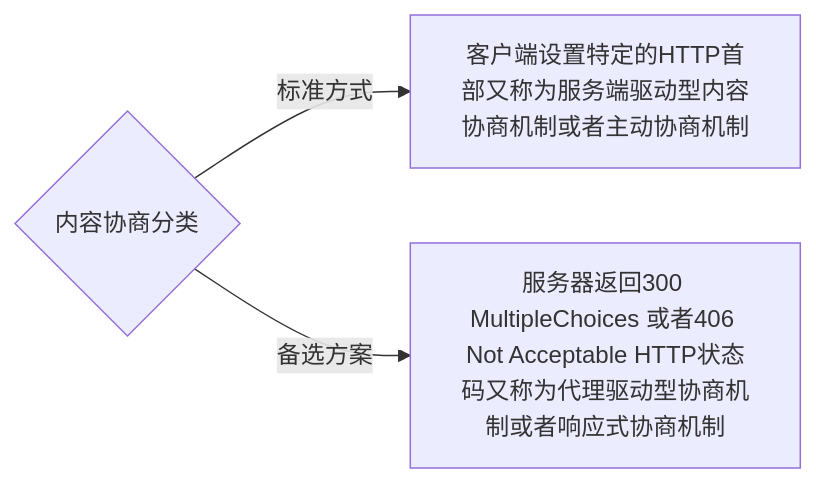
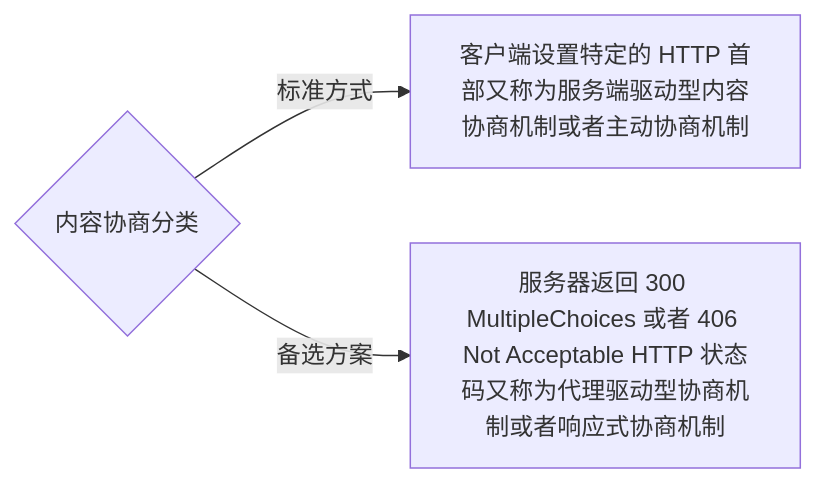
One commit to guzhongren/guzhongren.github.io changed the second of 4 diagrams in 2021/10/性能优化-accept-encoding/index.md. Above: the diagram before and after it, drawn with Mermaid. The commit also changed other lines of this file and 461 other files, not shown here.

```diff
--- a/2021/10/性能优化-accept-encoding/index.md
+++ b/2021/10/性能优化-accept-encoding/index.md
@@ -40,6 +39,6 @@
 {{< mermaid >}}
 graph LR;
     C{内容协商分类}
-    C -->|标准方式| D[客户端设置特定的HTTP首部又称为服务端驱动型内容协商机制或者主动协商机制]
-    C -->|备选方案| E[服务器返回300 MultipleChoices 或者406 Not Acceptable HTTP状态码又称为代理驱动型协商机制或者响应式协商机制]
+    C -->|标准方式| D[客户端设置特定的 HTTP 首部又称为服务端驱动型内容协商机制或者主动协商机制]
+    C -->|备选方案| E[服务器返回 300 MultipleChoices 或者 406 Not Acceptable HTTP 状态码又称为代理驱动型协商机制或者响应式协商机制]
 {{< /mermaid >}}
```
